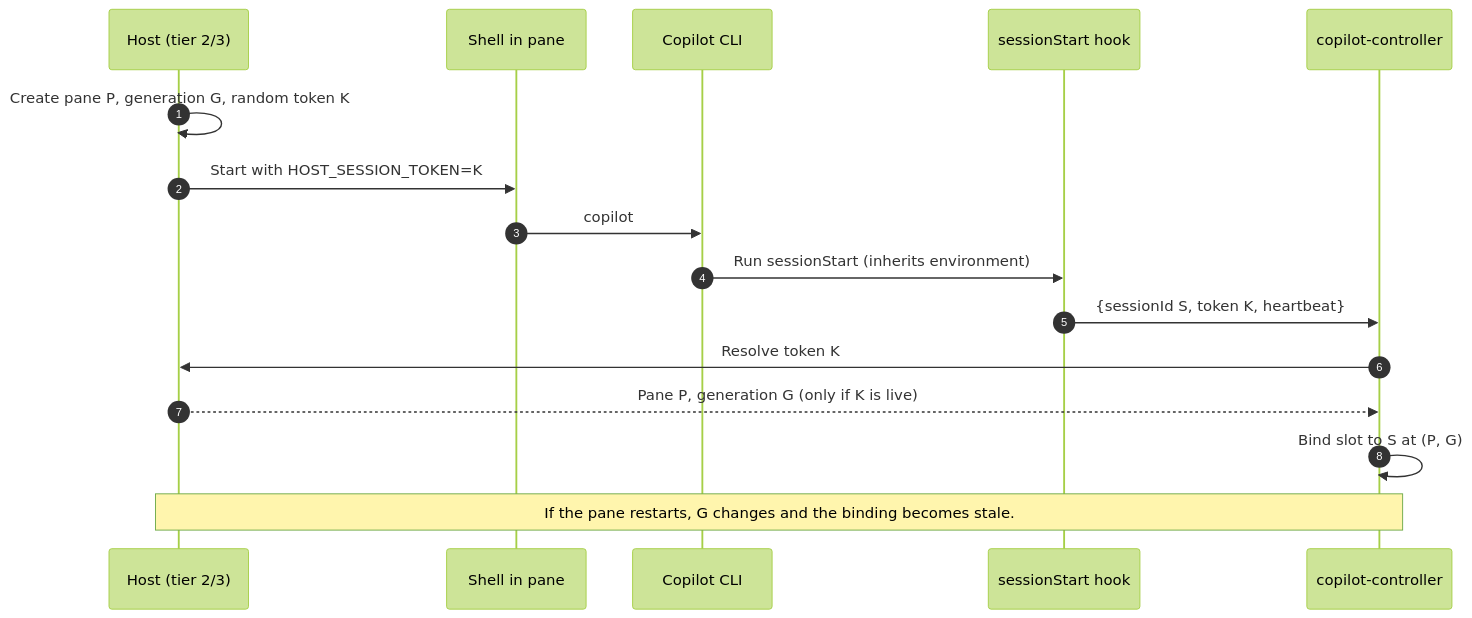
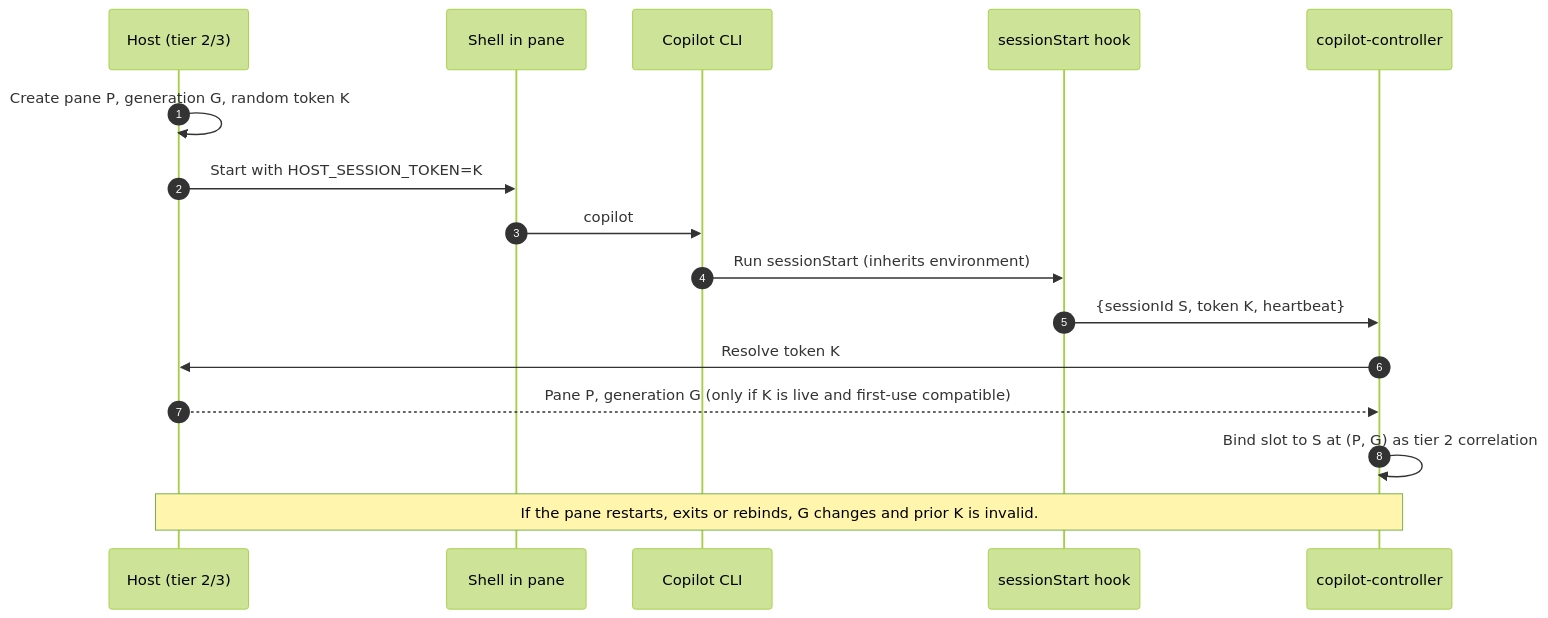
The third of 5 diagrams in docs/design/host-integration.md (fswiderski/copilot-controller), drawn with Mermaid (forest theme) before and after one commit. The commit also changed other lines of this file, not shown here.

First line of the commit message:
Clarify host association trust and semantic action authority

````diff
--- a/docs/design/host-integration.md
+++ b/docs/design/host-integration.md
@@ -155,19 +155,19 @@
 ```mermaid
 sequenceDiagram
     autonumber
     participant Host as Host (tier 2/3)
     participant Shell as Shell in pane
     participant CLI as Copilot CLI
     participant Hook as sessionStart hook
     participant Ctl as copilot-controller
 
     Host->>Host: Create pane P, generation G, random token K
     Host->>Shell: Start with HOST_SESSION_TOKEN=K
     Shell->>CLI: copilot
     CLI->>Hook: Run sessionStart (inherits environment)
     Hook->>Ctl: {sessionId S, token K, heartbeat}
     Ctl->>Host: Resolve token K
-    Host-->>Ctl: Pane P, generation G (only if K is live)
-    Ctl->>Ctl: Bind slot to S at (P, G)
-    Note over Host,Ctl: If the pane restarts, G changes and the binding becomes stale.
+    Host-->>Ctl: Pane P, generation G (only if K is live and first-use compatible)
+    Ctl->>Ctl: Bind slot to S at (P, G) as tier 2 correlation
+    Note over Host,Ctl: If the pane restarts, exits or rebinds, G changes and prior K is invalid.
 ```
````
